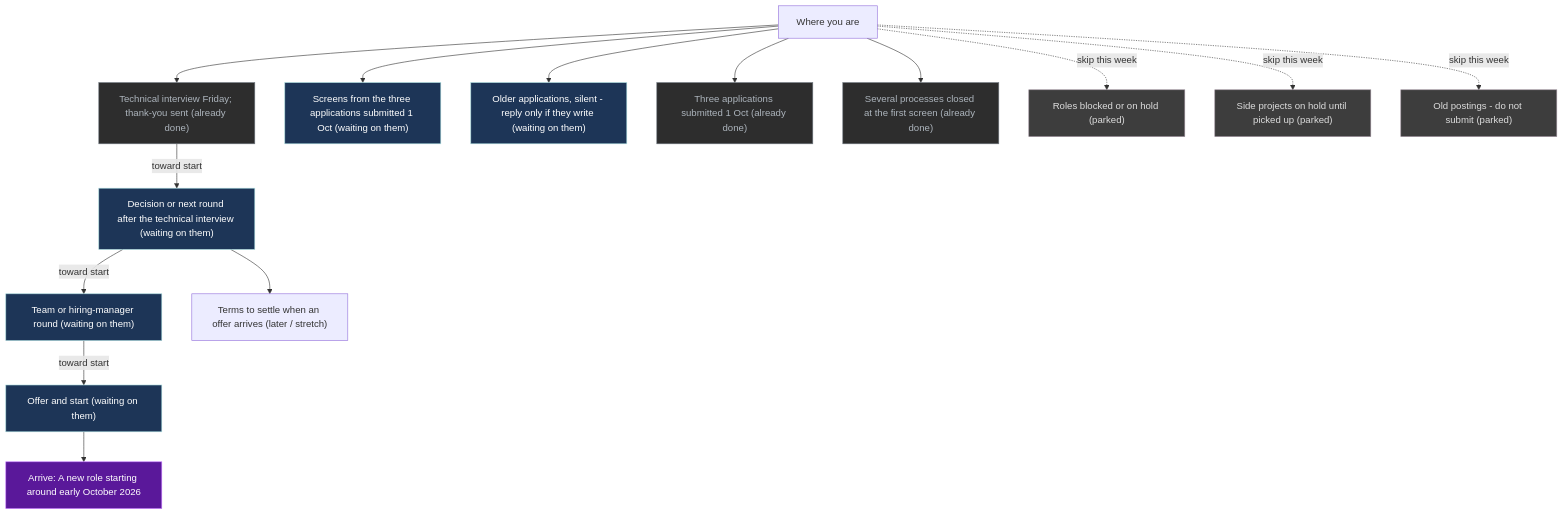
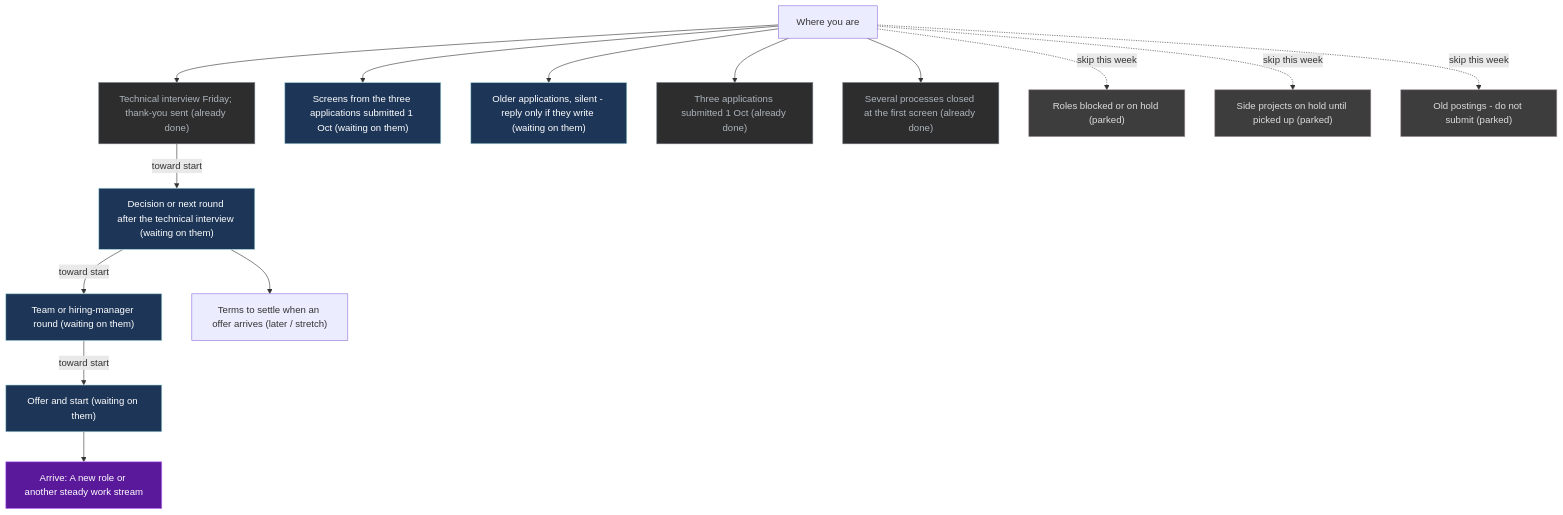
Before and after one commit to p10ns11y/life-os: the diagram in UI/Mission.md, drawn with Mermaid. The commit also changed other lines of this file, not shown here.

````diff
--- a/UI/Mission.md
+++ b/UI/Mission.md
@@ -66,39 +66,39 @@
 ```mermaid
 flowchart TB
   x["Where you are"]
-  G["Arrive: A new role starting around early October 2026"]
+  G["Arrive: A new role or another steady work stream"]
   S0["Technical interview Friday; thank-you sent (already done)"]
   S4["Decision or next round after the technical interview (waiting on them)"]
   S4b["Team or hiring-manager round (waiting on them)"]
   S5["Offer and start (waiting on them)"]
   S6["Screens from the three applications submitted 1 Oct (waiting on them)"]
   S1["Older applications, silent - reply only if they write (waiting on them)"]
   R1["Terms to settle when an offer arrives (later / stretch)"]
   S3["Three applications submitted 1 Oct (already done)"]
   D1["Several processes closed at the first screen (already done)"]
   P1["Roles blocked or on hold (parked)"]
   P2["Side projects on hold until picked up (parked)"]
   P3["Old postings - do not submit (parked)"]
   x --> S0
   S0 -->|"toward start"| S4
   S4 -->|"toward start"| S4b
   S4b -->|"toward start"| S5
   x --> S6
   x --> S1
   S4 --> R1
   x --> S3
   x --> D1
   x -.->|"skip this week"| P1
   x -.->|"skip this week"| P2
   x -.->|"skip this week"| P3
   S5 --> G
   classDef do fill:#1b4332,stroke:#95d5b2,color:#fff
   classDef wait fill:#1d3557,stroke:#a8dadc,color:#fff
   classDef park fill:#3d3d3d,stroke:#9a8c98,color:#ddd
   classDef done fill:#2d2d2d,stroke:#6c757d,color:#adb5bd
   classDef goal fill:#5a189a,stroke:#c77dff,color:#fff
   class G goal
   class S4,S4b,S5,S6,S1 wait
   class P1,P2,P3 park
   class S0,S3,D1 done
 ```
````
